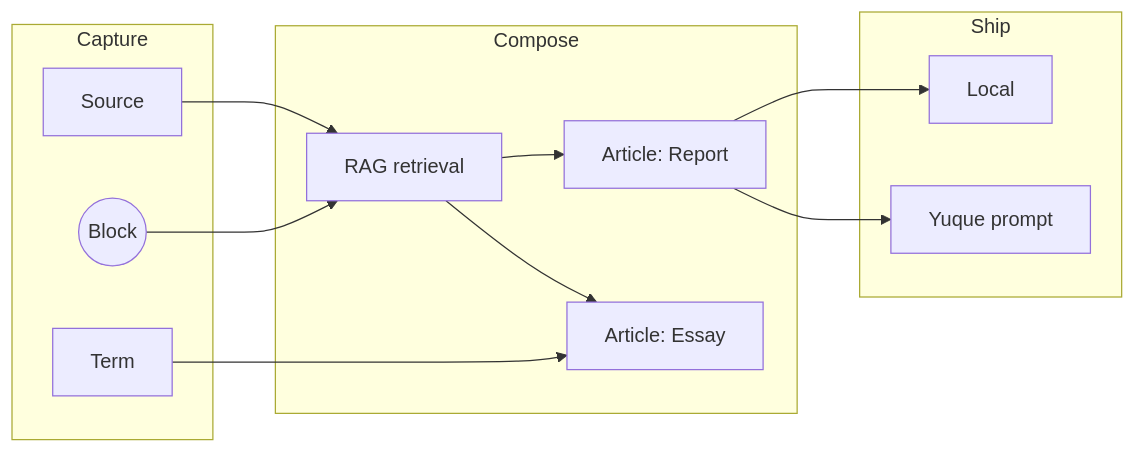
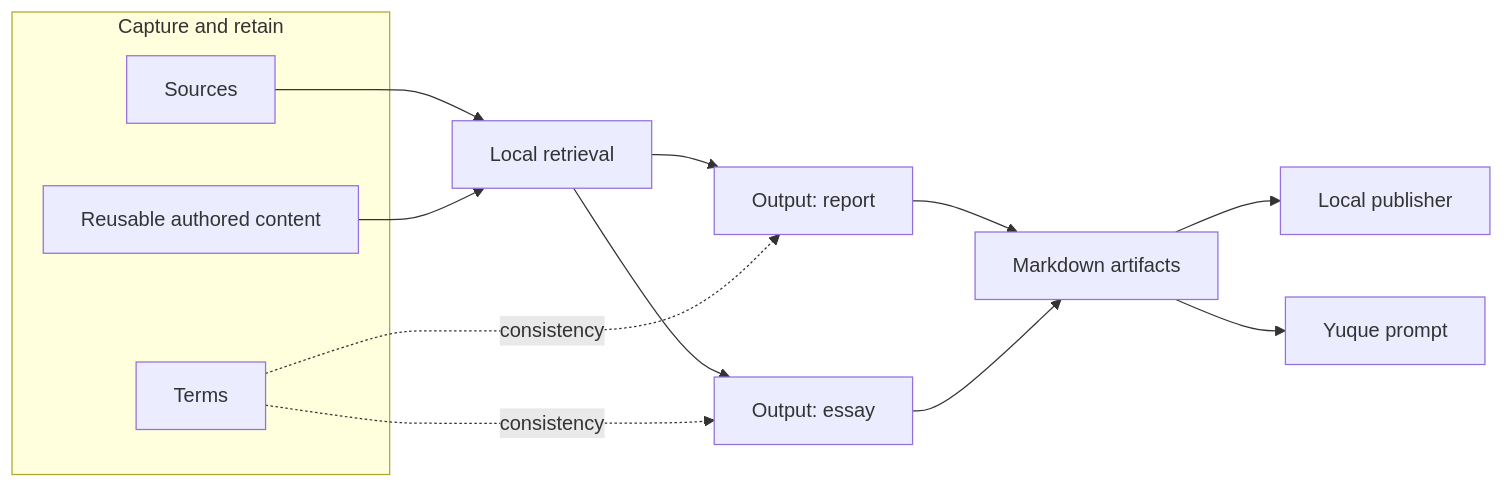
The second of 9 diagrams in README.md (alswl/mind-forge), drawn with Mermaid before and after one commit. The commit also changed other lines of this file and 96 other files, not shown here.

First line of the commit message:
feat(mind): add output workflows and recoverable content lifecycle (#10)

````diff
--- a/README.md
+++ b/README.md
@@ -44,24 +39,18 @@
 ```mermaid
 flowchart LR
-  subgraph Capture
-    S[Source]
-    B((Block))
-    T[Term]
+  subgraph Capture[Capture and retain]
+    S[Sources]
+    B[Reusable authored content]
+    T[Terms]
   end
-  subgraph Compose
-    R[RAG retrieval]
-    A1[Article: Report]
-    A2[Article: Essay]
-  end
-  subgraph Ship
-    P1[Local]
-    P2[Yuque prompt]
-  end
-  S --> R
+  S --> R[Local retrieval]
   B --> R
-  T --> A2
-  R --> A1
-  R --> A2
-  A1 --> P1
-  A1 --> P2
+  R --> O1[Output: report]
+  R --> O2[Output: essay]
+  T -. consistency .-> O1
+  T -. consistency .-> O2
+  O1 --> Build[Markdown artifacts]
+  O2 --> Build
+  Build --> P1[Local publisher]
+  Build --> P2[Yuque prompt]
 ```
````
